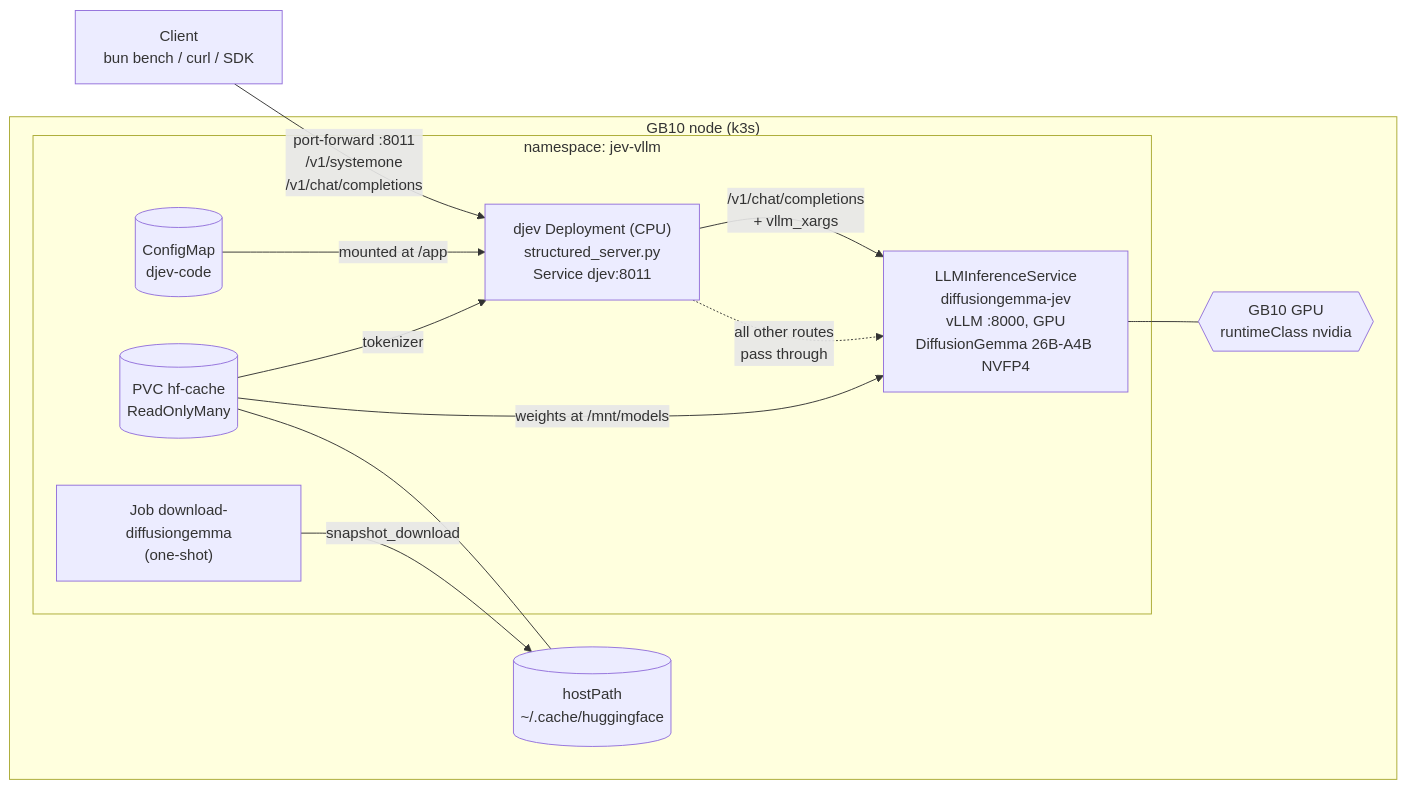
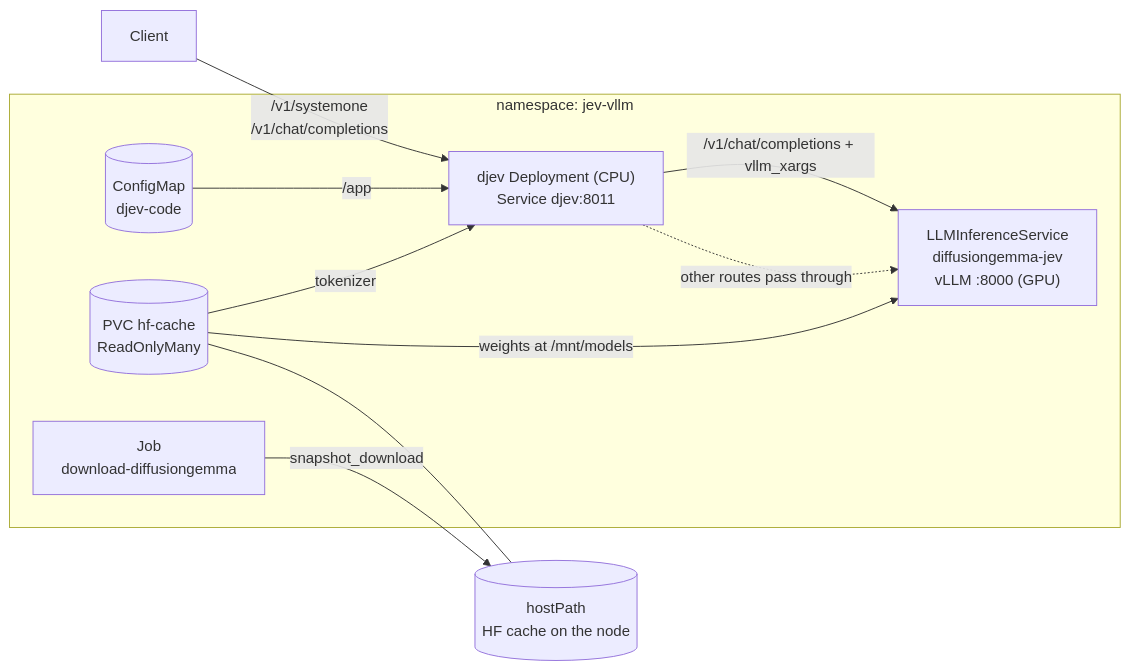
One commit to umianta/jev-vllm changed the diagram in README.md. Above: the diagram before and after it, drawn with Mermaid. The commit also changed other lines of this file, not shown here.

````diff
--- a/README.md
+++ b/README.md
@@ -29,26 +42,22 @@
 ```mermaid
 flowchart LR
-    client["Client<br/>bun bench / curl / SDK"]
+    client["Client"]
 
-    subgraph node["GB10 node (k3s)"]
-        subgraph ns["namespace: jev-vllm"]
-            djev["djev Deployment (CPU)<br/>structured_server.py<br/>Service djev:8011"]
-            cm[("ConfigMap<br/>djev-code")]
-            vllm["LLMInferenceService<br/>diffusiongemma-jev<br/>vLLM :8000, GPU<br/>DiffusionGemma 26B-A4B NVFP4"]
-            pvc[("PVC hf-cache<br/>ReadOnlyMany")]
-            job["Job download-diffusiongemma<br/>(one-shot)"]
-        end
-        hf[("hostPath<br/>~/.cache/huggingface")]
-        gpu{{"GB10 GPU<br/>runtimeClass nvidia"}}
+    subgraph ns["namespace: jev-vllm"]
+        djev["djev Deployment (CPU)<br/>Service djev:8011"]
+        cm[("ConfigMap<br/>djev-code")]
+        vllm["LLMInferenceService<br/>diffusiongemma-jev<br/>vLLM :8000 (GPU)"]
+        pvc[("PVC hf-cache<br/>ReadOnlyMany")]
+        job["Job<br/>download-diffusiongemma"]
     end
+    hf[("hostPath<br/>HF cache on the node")]
 
-    client -- "port-forward :8011<br/>/v1/systemone<br/>/v1/chat/completions" --> djev
-    djev -- "/v1/chat/completions<br/>+ vllm_xargs" --> vllm
-    djev -. "all other routes<br/>pass through" .-> vllm
-    cm -- "mounted at /app" --> djev
+    client -- "/v1/systemone<br/>/v1/chat/completions" --> djev
+    djev -- "/v1/chat/completions + vllm_xargs" --> vllm
+    djev -. "other routes pass through" .-> vllm
+    cm -- "/app" --> djev
     pvc -- "tokenizer" --> djev
     pvc -- "weights at /mnt/models" --> vllm
     pvc --- hf
     job -- "snapshot_download" --> hf
-    vllm --- gpu
 ```
````
